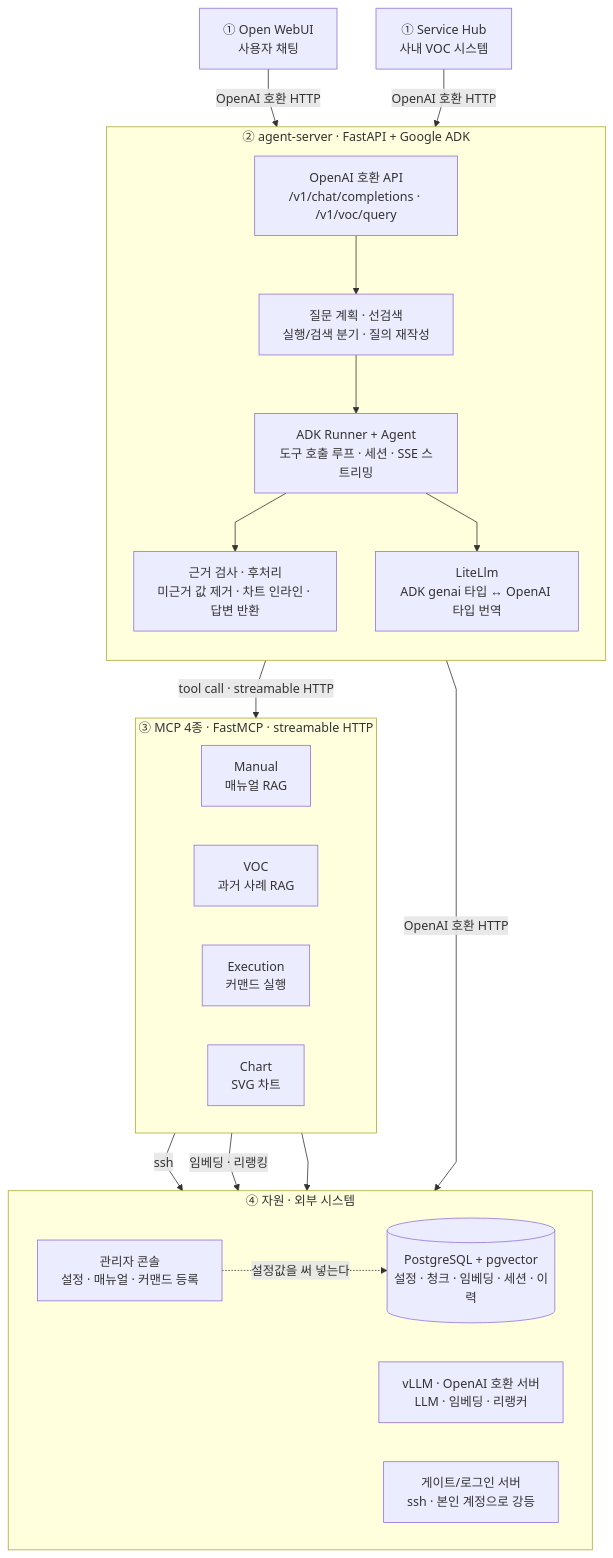
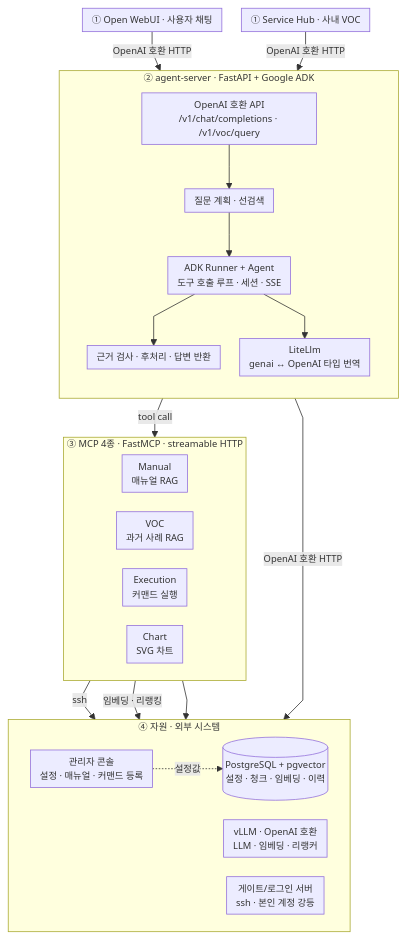
Before and after one commit to ssyrc/AI-Infra-Assistant-pub: the first of 3 diagrams in README.md, drawn with Mermaid. The commit also changed other lines of this file, not shown here.

First line of the commit message:
README 1절을 보고용으로 정리 - 소절 삭제, 다이어그램 축소

````diff
--- a/README.md
+++ b/README.md
@@ -14,43 +14,43 @@
 ```mermaid
-%%{init: {'flowchart': {'curve': 'linear'}}}%%
+%%{init: {'flowchart': {'curve': 'linear', 'nodeSpacing': 25, 'rankSpacing': 32, 'padding': 6}, 'themeVariables': {'fontSize': '12px'}}}%%
 flowchart TB
-    OW["① Open WebUI<br/>사용자 채팅"]
-    SH["① Service Hub<br/>사내 VOC 시스템"]
+    OW["① Open WebUI · 사용자 채팅"]
+    SH["① Service Hub · 사내 VOC"]
 
     subgraph AG["② agent-server · FastAPI + Google ADK"]
         direction TB
         API["OpenAI 호환 API<br/>/v1/chat/completions · /v1/voc/query"]
-        PRE["질문 계획 · 선검색<br/>실행/검색 분기 · 질의 재작성"]
-        RUN["ADK Runner + Agent<br/>도구 호출 루프 · 세션 · SSE 스트리밍"]
-        LL["LiteLlm<br/>ADK genai 타입 ↔ OpenAI 타입 번역"]
-        POST["근거 검사 · 후처리<br/>미근거 값 제거 · 차트 인라인 · 답변 반환"]
+        PRE["질문 계획 · 선검색"]
+        RUN["ADK Runner + Agent<br/>도구 호출 루프 · 세션 · SSE"]
+        LL["LiteLlm<br/>genai ↔ OpenAI 타입 번역"]
+        POST["근거 검사 · 후처리 · 답변 반환"]
         API --> PRE --> RUN --> POST
         RUN --> LL
     end
 
     subgraph MCPS["③ MCP 4종 · FastMCP · streamable HTTP"]
         direction LR
         M1["Manual<br/>매뉴얼 RAG"]
         M2["VOC<br/>과거 사례 RAG"]
         M3["Execution<br/>커맨드 실행"]
         M4["Chart<br/>SVG 차트"]
     end
 
     subgraph RES["④ 자원 · 외부 시스템"]
         direction LR
-        PG[("PostgreSQL + pgvector<br/>설정 · 청크 · 임베딩 · 세션 · 이력")]
+        PG[("PostgreSQL + pgvector<br/>설정 · 청크 · 임베딩 · 이력")]
         CON["관리자 콘솔<br/>설정 · 매뉴얼 · 커맨드 등록"]
-        VLLM["vLLM · OpenAI 호환 서버<br/>LLM · 임베딩 · 리랭커"]
-        HOST["게이트/로그인 서버<br/>ssh · 본인 계정으로 강등"]
+        VLLM["vLLM · OpenAI 호환<br/>LLM · 임베딩 · 리랭커"]
+        HOST["게이트/로그인 서버<br/>ssh · 본인 계정 강등"]
     end
 
     OW -->|"OpenAI 호환 HTTP"| API
     SH -->|"OpenAI 호환 HTTP"| API
-    RUN -->|"tool call · streamable HTTP"| MCPS
+    RUN -->|"tool call"| MCPS
     LL -->|"OpenAI 호환 HTTP"| VLLM
     MCPS -->|"임베딩 · 리랭킹"| VLLM
     MCPS --> PG
     M3 -->|"ssh"| HOST
     MCPS ~~~ CON
-    CON -.->|"설정값을 써 넣는다"| PG
+    CON -.->|"설정값"| PG
 ```
````
